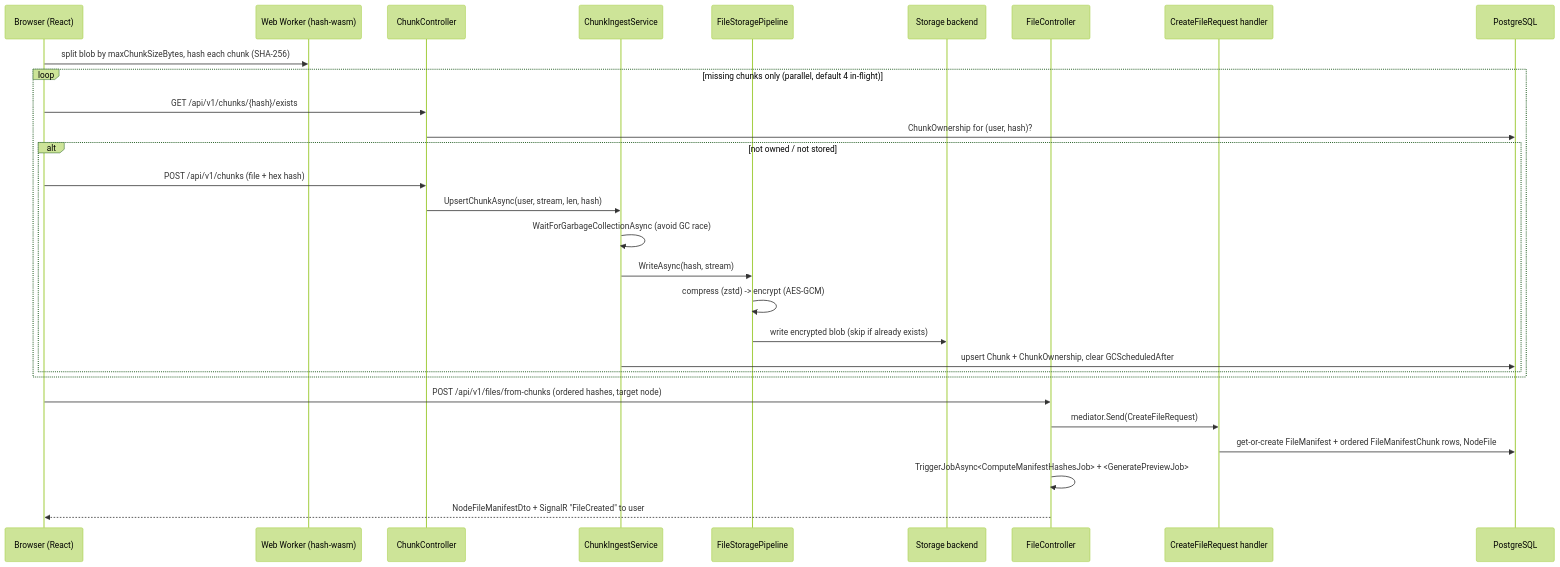
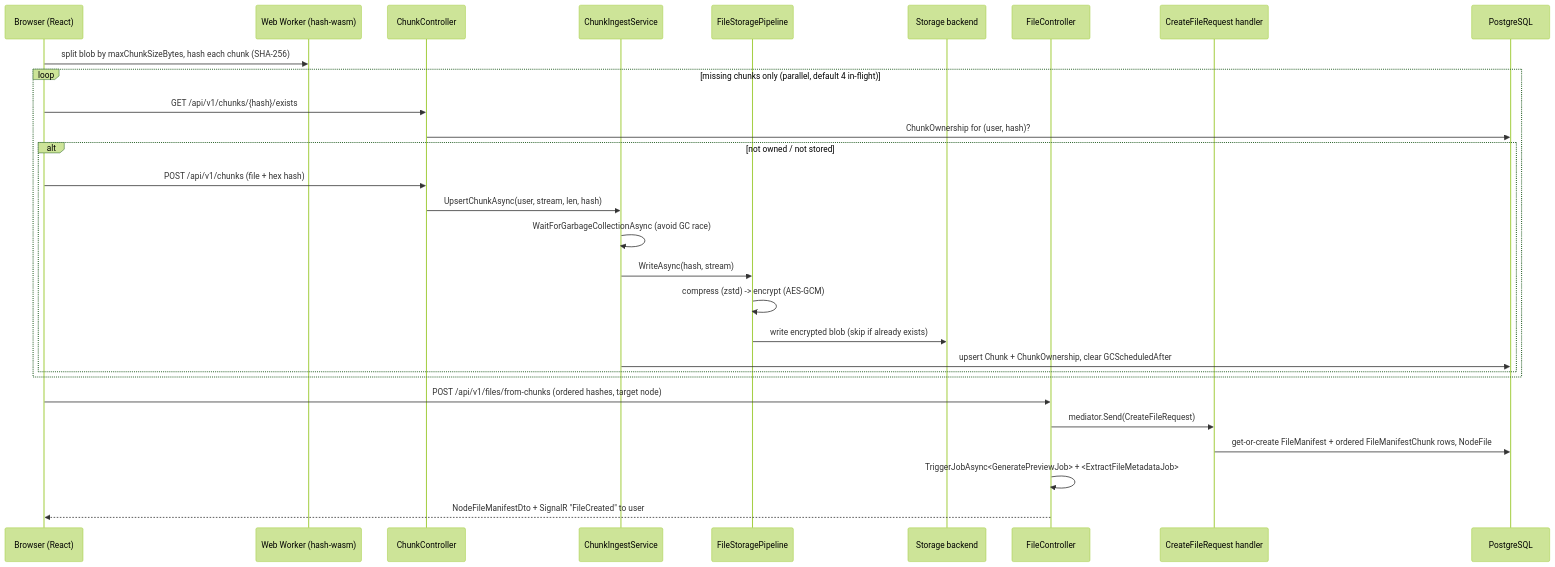
The third of 4 diagrams in docs/technical/01-system-overview.md (bvdcode/cotton), drawn with Mermaid (forest theme) before and after one commit. The commit also changed other lines of this file and 9 other files, not shown here.

````diff
--- a/docs/technical/01-system-overview.md
+++ b/docs/technical/01-system-overview.md
@@ -167,32 +167,32 @@
 ```mermaid
 sequenceDiagram
     participant U as Browser (React)
     participant W as Web Worker (hash-wasm)
     participant CC as ChunkController
     participant CI as ChunkIngestService
     participant P as FileStoragePipeline
     participant B as Storage backend
     participant FC as FileController
     participant M as CreateFileRequest handler
     participant DB as PostgreSQL
 
     U->>W: split blob by maxChunkSizeBytes, hash each chunk (SHA-256)
     loop missing chunks only (parallel, default 4 in-flight)
         U->>CC: GET /api/v1/chunks/{hash}/exists
         CC->>DB: ChunkOwnership for (user, hash)?
         alt not owned / not stored
             U->>CC: POST /api/v1/chunks (file + hex hash)
             CC->>CI: UpsertChunkAsync(user, stream, len, hash)
             CI->>CI: WaitForGarbageCollectionAsync (avoid GC race)
             CI->>P: WriteAsync(hash, stream)
             P->>P: compress (zstd) -> encrypt (AES-GCM)
             P->>B: write encrypted blob (skip if already exists)
             CI->>DB: upsert Chunk + ChunkOwnership, clear GCScheduledAfter
         end
     end
     U->>FC: POST /api/v1/files/from-chunks (ordered hashes, target node)
     FC->>M: mediator.Send(CreateFileRequest)
     M->>DB: get-or-create FileManifest + ordered FileManifestChunk rows, NodeFile
-    FC->>FC: TriggerJobAsync<ComputeManifestHashesJob> + <GeneratePreviewJob>
+    FC->>FC: TriggerJobAsync<GeneratePreviewJob> + <ExtractFileMetadataJob>
     FC-->>U: NodeFileManifestDto + SignalR "FileCreated" to user
 ```
````
